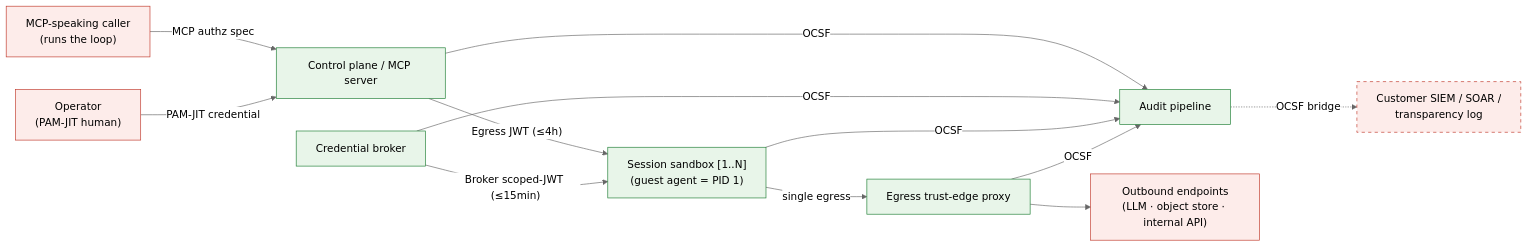
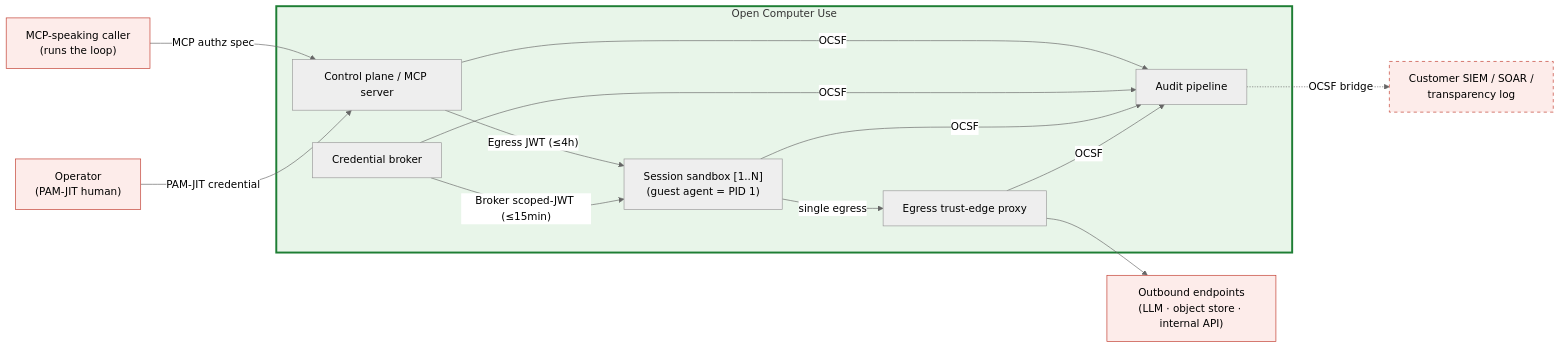
The diagram in docs/architecture/05-c4-container.md (Wide-Moat/open-computer-use), drawn with Mermaid (neutral theme) before and after one commit. The commit also changed other lines of this file and 1 other file, not shown here.

Commit message:
docs(architecture): Layer 6 review batch — code-review + slop fixes
gsd-code-reviewer (1 blocker, 3 warnings, 2 nits), doc-slop-reviewer (clean),
gsd-plan-checker (achieves goal):

- CR-01 (blocker): §6 open questions linked #168/#169, which track Layer 5
  *bounded-context* questions, not the *container/deployment* questions asked
  here. Open #174 (sandbox container split) + #175 (broker cardinality) and
  relink.
- CR-02: §5 prose vs .mmd shelf convention conflicted. Containers are
  identical on both shelves → diagram is shelf-agnostic; reword .mmd
  convention comment to match.
- CR-03/04/05: inline §2 diagram had drifted from the canonical .mmd (missing
  subgraph OCU boundary box, UP vs UPSTREAM id, broker label). Rebuild inline
  as a faithful render of the .mmd.
- CR-06: dropped two "Layer 10" forward references → components/ + PROCESS.md.
- slop info: tightened purpose-line audience clause.

````diff
--- a/docs/architecture/05-c4-container.md
+++ b/docs/architecture/05-c4-container.md
@@ -24,32 +24,30 @@
 ```mermaid
 flowchart LR
     PEER["MCP-speaking caller<br/>(runs the loop)"]
     OPER["Operator<br/>(PAM-JIT human)"]
-    CP["Control plane / MCP server"]
-    BR["Credential broker"]
-    VM["Session sandbox [1..N]<br/>(guest agent = PID 1)"]
-    EDGE["Egress trust-edge proxy"]
-    AUD["Audit pipeline"]
-    UP["Outbound endpoints<br/>(LLM · object store · internal API)"]
+    UPSTREAM["Outbound endpoints<br/>(LLM · object store · internal API)"]
     SINK["Customer SIEM / SOAR /<br/>transparency log"]
+    subgraph OCU["Open Computer Use"]
+        CP["Control plane / MCP server"]
+        BR["Credential broker"]
+        VM["Session sandbox [1..N]<br/>(guest agent = PID 1)"]
+        EDGE["Egress trust-edge proxy"]
+        AUD["Audit pipeline"]
+    end
     PEER -->|"MCP authz spec"| CP
     OPER -->|"PAM-JIT credential"| CP
     CP -->|"Egress JWT (≤4h)"| VM
     BR -->|"Broker scoped-JWT (≤15min)"| VM
     VM -->|"single egress"| EDGE
-    EDGE --> UP
+    EDGE --> UPSTREAM
     CP -->|OCSF| AUD
     BR -->|OCSF| AUD
     VM -->|OCSF| AUD
     EDGE -->|OCSF| AUD
     AUD -.->|"OCSF bridge"| SINK
-    style CP fill:#e8f5e9,stroke:#1e7e34
-    style BR fill:#e8f5e9,stroke:#1e7e34
-    style VM fill:#e8f5e9,stroke:#1e7e34
-    style EDGE fill:#e8f5e9,stroke:#1e7e34
-    style AUD fill:#e8f5e9,stroke:#1e7e34
+    style OCU fill:#e8f5e9,stroke:#1e7e34,stroke-width:3px
     style PEER fill:#fdecea,stroke:#c0392b
     style OPER fill:#fdecea,stroke:#c0392b
-    style UP fill:#fdecea,stroke:#c0392b
+    style UPSTREAM fill:#fdecea,stroke:#c0392b
     style SINK fill:#fdecea,stroke:#c0392b,stroke-dasharray:5 5
 ```
````
